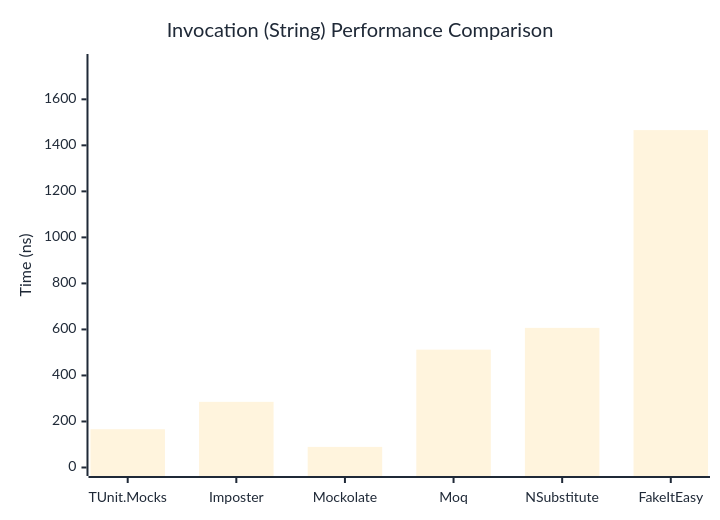
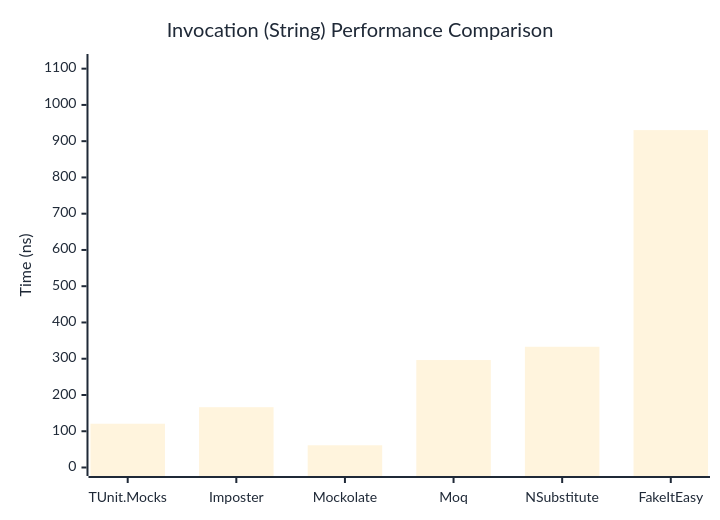
Before and after one commit to thomhurst/TUnit: the second of 3 diagrams in docs/docs/benchmarks/mocks/Invocation.md, drawn with Mermaid. The commit also changed other lines of this file and 14 other files, not shown here.

````diff
--- a/docs/docs/benchmarks/mocks/Invocation.md
+++ b/docs/docs/benchmarks/mocks/Invocation.md
@@ -71,27 +71,27 @@
 ```mermaid
 %%{init: {
   'theme':'base',
   'themeVariables': {
     'primaryColor': '#2563eb',
     'primaryTextColor': '#1f2937',
     'primaryBorderColor': '#1e40af',
     'lineColor': '#6b7280',
     'secondaryColor': '#7c3aed',
     'tertiaryColor': '#dc2626',
     'background': '#ffffff',
     'pie1': '#2563eb',
     'pie2': '#7c3aed',
     'pie3': '#dc2626',
     'pie4': '#f59e0b',
     'pie5': '#10b981',
     'pie6': '#06b6d4',
     'pie7': '#ec4899',
     'pie8': '#6366f1'
   }
 }}%%
 xychart-beta
   title "Invocation (String) Performance Comparison"
   x-axis ["TUnit.Mocks", "Imposter", "Mockolate", "Moq", "NSubstitute", "FakeItEasy"]
-  y-axis "Time (ns)" 0 --> 1760
-  bar [166.31, 285.31, 89.49, 512.15, 606.78, 1466.27]
+  y-axis "Time (ns)" 0 --> 1117
+  bar [120.72, 166.34, 61.33, 296.37, 333, 930.56]
 ```
````
